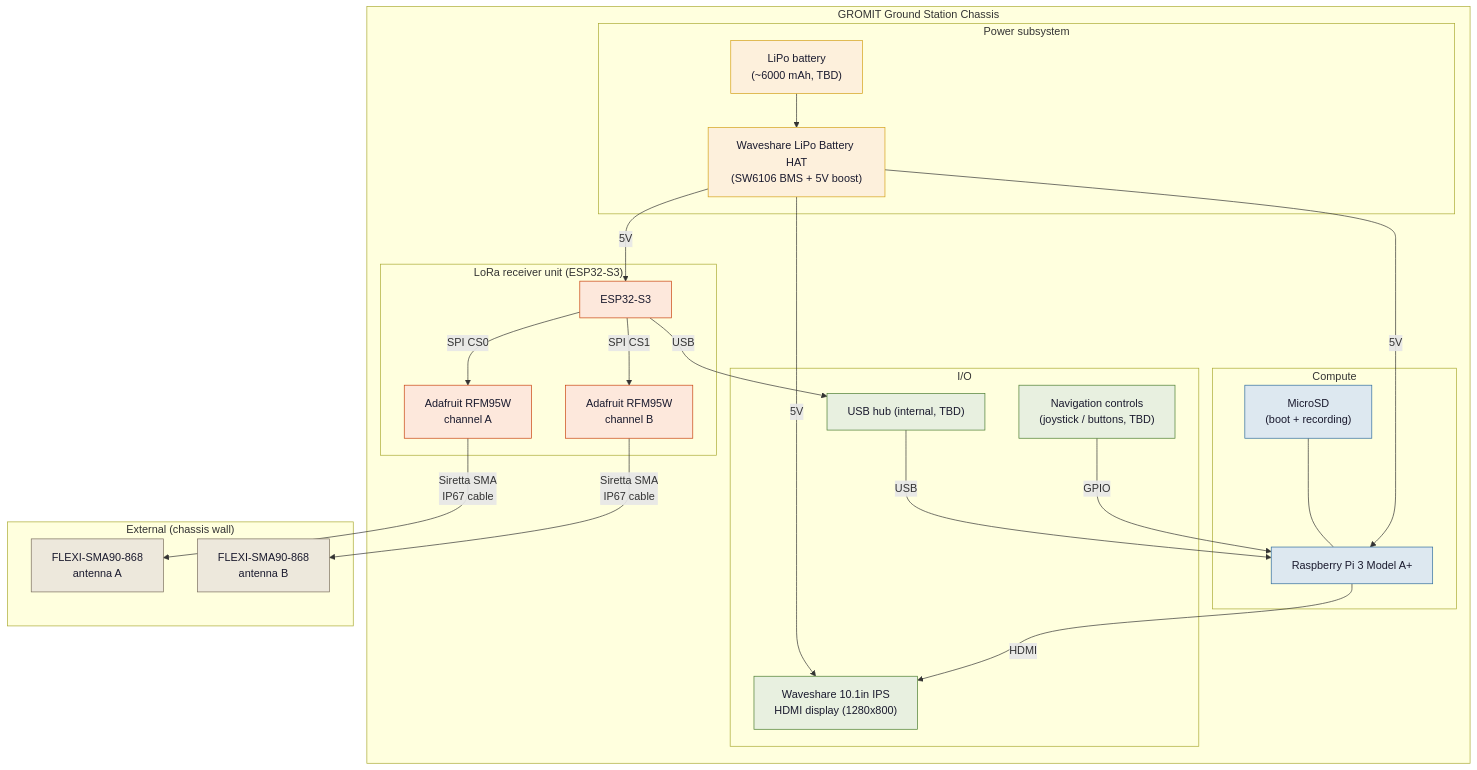
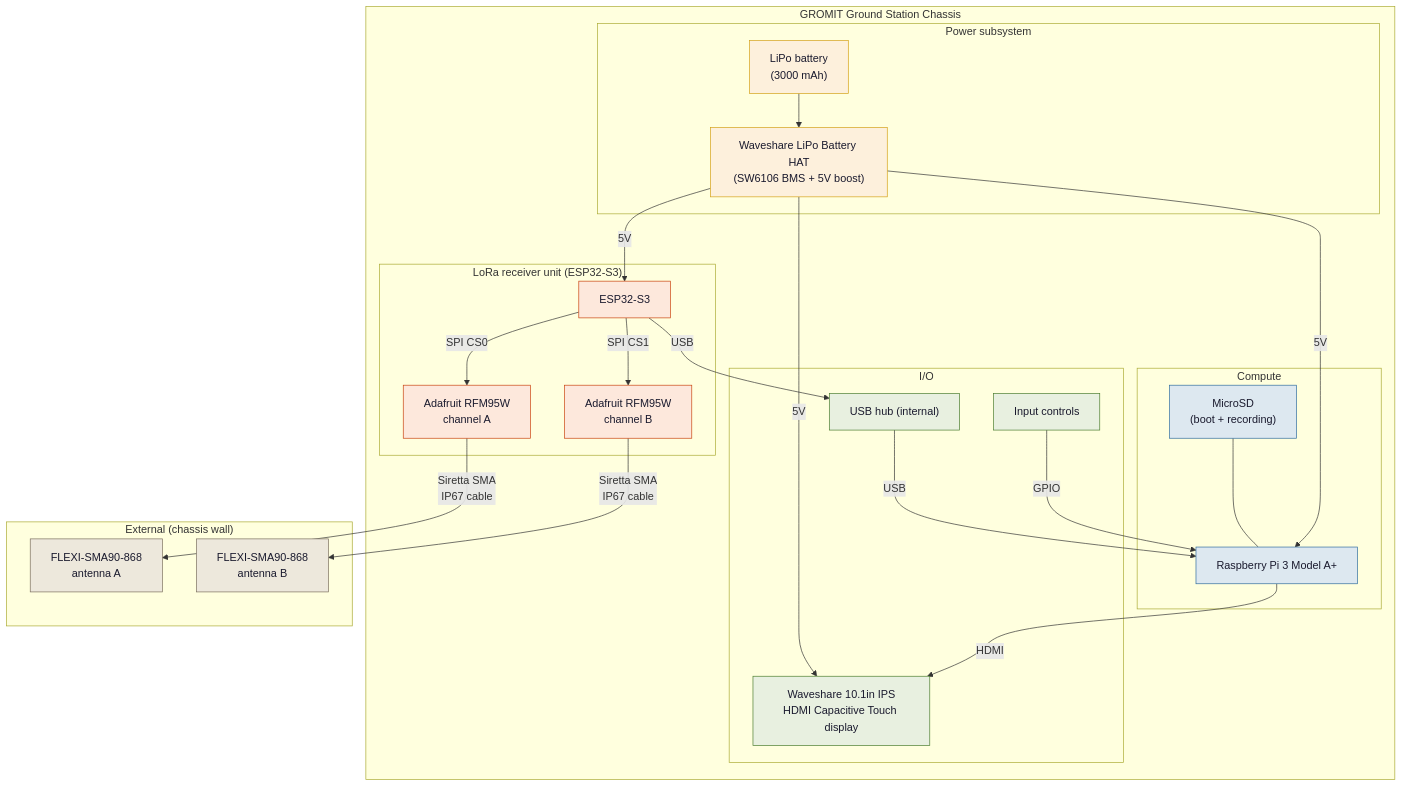
Before and after one commit to rinickolous/rocketlog: the diagram in docs/cyberdeck-hardware.md, drawn with Mermaid.

Commit message:
update mermaid graph

````diff
--- a/docs/cyberdeck-hardware.md
+++ b/docs/cyberdeck-hardware.md
@@ -1,52 +1,52 @@
 ```mermaid
 graph TD
     classDef compute fill:#dde8f0,stroke:#2e6b9e,color:#1a1a2e
     classDef power fill:#fdf0dc,stroke:#d4a017,color:#1a1a2e
     classDef receiver fill:#fde8dc,stroke:#c9430e,color:#1a1a2e
     classDef io fill:#e8f0e0,stroke:#4a7c2e,color:#1a1a2e
     classDef antenna fill:#ede8dc,stroke:#7a6e5e,color:#1a1a2e
 
     subgraph chassis["GROMIT Ground Station Chassis"]
         subgraph power["Power subsystem"]
-            BAT["LiPo battery\n(~6000 mAh, TBD)"]:::power
+            BAT["LiPo battery\n(3000 mAh)"]:::power
             HAT["Waveshare LiPo Battery HAT\n(SW6106 BMS + 5V boost)"]:::power
             BAT --> HAT
         end
 
         subgraph compute["Compute"]
             PI["Raspberry Pi 3 Model A+"]:::compute
             SD["MicroSD\n(boot + recording)"]:::compute
             SD --- PI
         end
 
         subgraph receiver["LoRa receiver unit (ESP32-S3)"]
             ESP["ESP32-S3"]:::receiver
             LORA1["Adafruit RFM95W\nchannel A"]:::receiver
             LORA2["Adafruit RFM95W\nchannel B"]:::receiver
             ESP -- SPI CS0 --> LORA1
             ESP -- SPI CS1 --> LORA2
         end
 
         subgraph io["I/O"]
-            HUB["USB hub (internal, TBD)"]:::io
-            DISP["Waveshare 10.1in IPS\nHDMI display (1280x800)"]:::io
-            CTRL["Navigation controls\n(joystick / buttons, TBD)"]:::io
+            HUB["USB hub (internal)"]:::io
+            DISP["Waveshare 10.1in IPS\nHDMI Capacitive Touch display"]:::io
+            CTRL["Input controls"]:::io
         end
 
         HAT -- 5V --> PI
         HAT -- 5V --> ESP
         HAT -- 5V --> DISP
         ESP -- USB --> HUB
         HUB -- USB --> PI
         CTRL -- GPIO --> PI
         PI -- HDMI --> DISP
     end
 
     subgraph external["External (chassis wall)"]
         ANT1["FLEXI-SMA90-868\nantenna A"]:::antenna
         ANT2["FLEXI-SMA90-868\nantenna B"]:::antenna
     end
 
     LORA1 -- "Siretta SMA\nIP67 cable" --> ANT1
     LORA2 -- "Siretta SMA\nIP67 cable" --> ANT2
 ```
````
